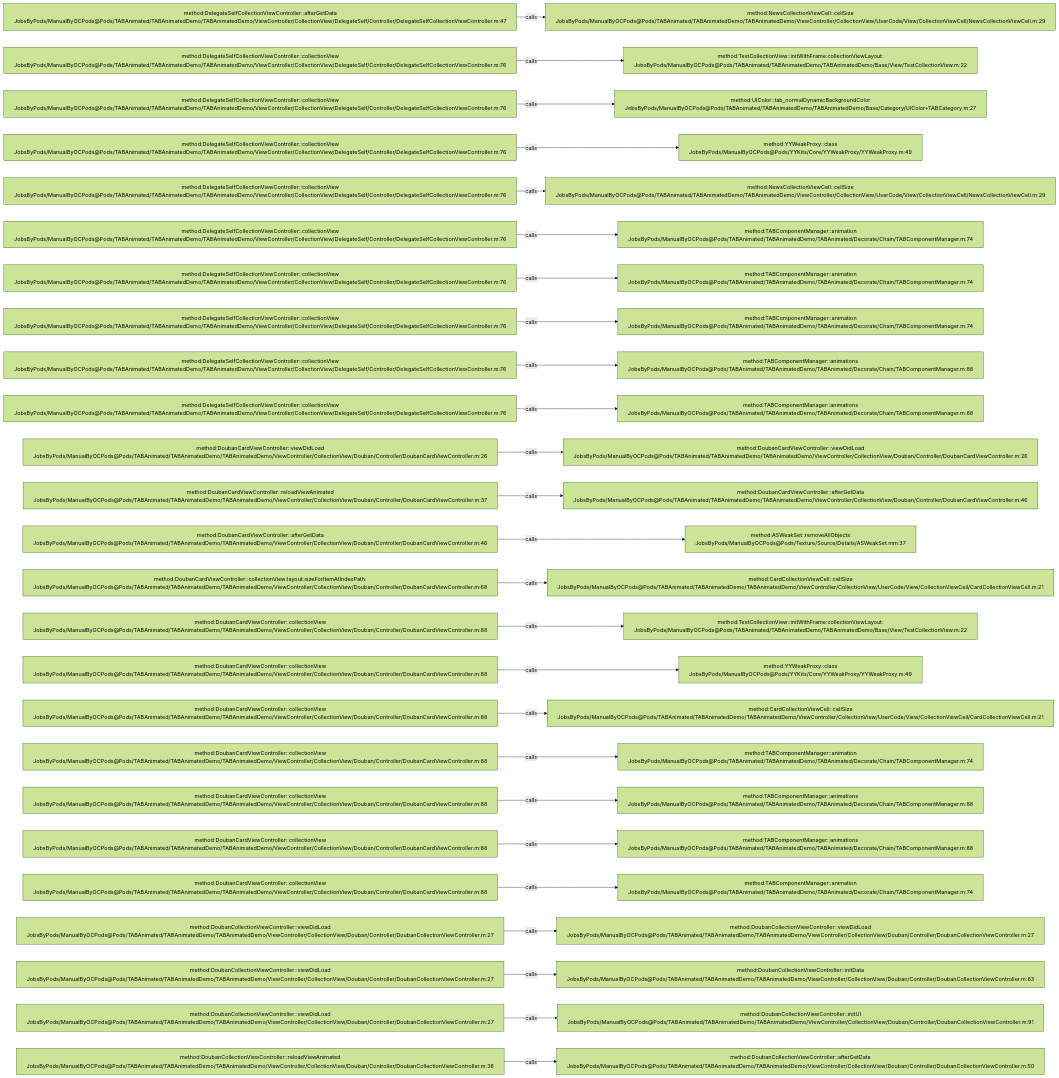
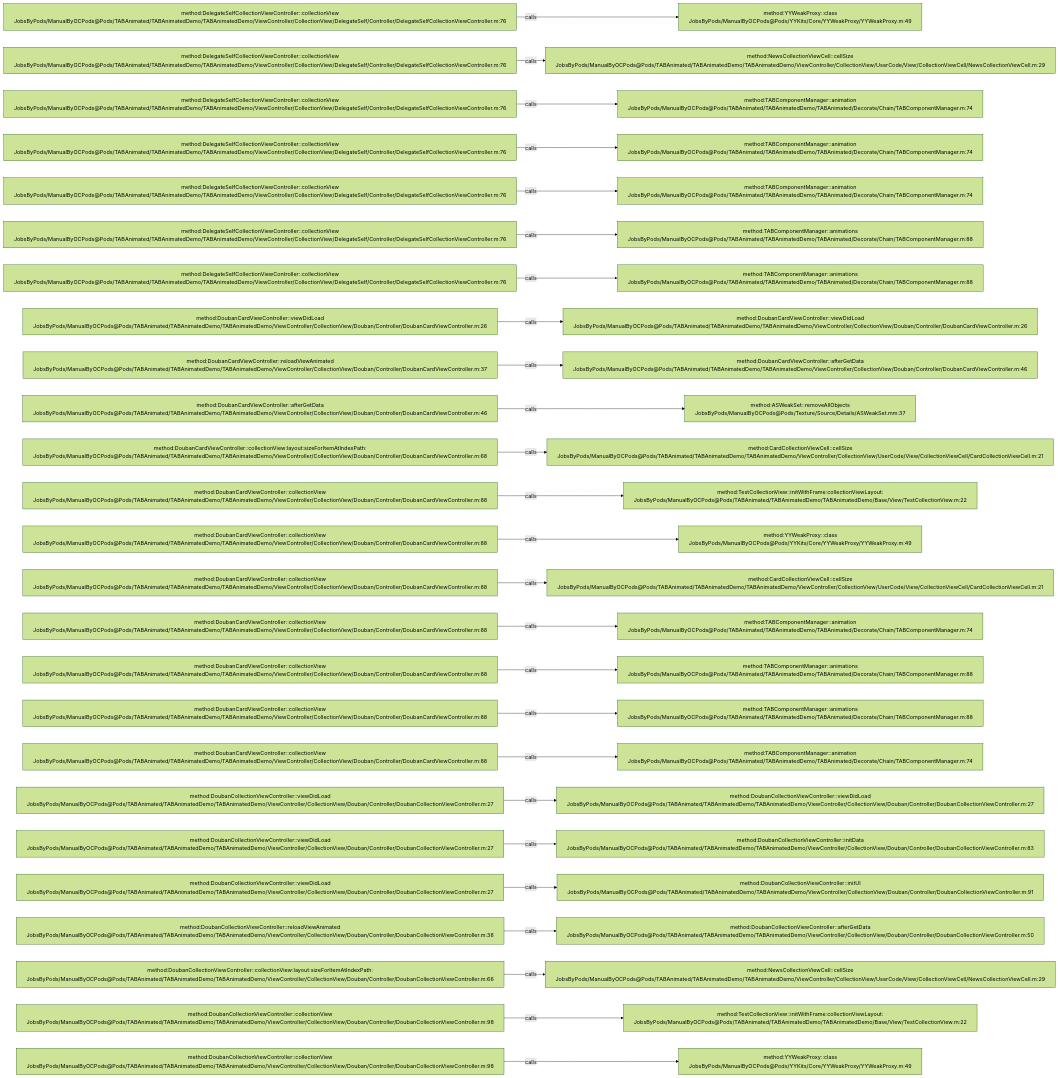
The diagram in .codegraph/codegraph.md/graphs/calls-050.md (JobsKits/JobsOCBaseConfigDemo), drawn with Mermaid (forest theme) before and after one commit. The commit also changed 342 other files, not shown here.

````diff
--- a/.codegraph/codegraph.md/graphs/calls-050.md
+++ b/.codegraph/codegraph.md/graphs/calls-050.md
@@ -13,78 +13,78 @@
 ```mermaid
 flowchart LR
-  S1["method:DelegateSelfCollectionViewController::afterGetData<br/>JobsByPods/ManualByOCPods@Pods/TABAnimated/TABAnimatedDemo/TABAnimatedDemo/ViewController/CollectionView/DelegateSelf/Controller/DelegateSelfCollectionViewController.m:47"]
-  T1["method:NewsCollectionViewCell::cellSize<br/>JobsByPods/ManualByOCPods@Pods/TABAnimated/TABAnimatedDemo/TABAnimatedDemo/ViewController/CollectionView/UserCode/View/CollectionViewCell/NewsCollectionViewCell.m:29"]
+  S1["method:DelegateSelfCollectionViewController::collectionView<br/>JobsByPods/ManualByOCPods@Pods/TABAnimated/TABAnimatedDemo/TABAnimatedDemo/ViewController/CollectionView/DelegateSelf/Controller/DelegateSelfCollectionViewController.m:76"]
+  T1["method:YYWeakProxy::class<br/>JobsByPods/ManualByOCPods@Pods/YYKits/Core/YYWeakProxy/YYWeakProxy.m:49"]
   S1 -->|calls| T1
   S2["method:DelegateSelfCollectionViewController::collectionView<br/>JobsByPods/ManualByOCPods@Pods/TABAnimated/TABAnimatedDemo/TABAnimatedDemo/ViewController/CollectionView/DelegateSelf/Controller/DelegateSelfCollectionViewController.m:76"]
-  T2["method:TestCollectionView::initWithFrame:collectionViewLayout:<br/>JobsByPods/ManualByOCPods@Pods/TABAnimated/TABAnimatedDemo/TABAnimatedDemo/Base/View/TestCollectionView.m:22"]
+  T2["method:NewsCollectionViewCell::cellSize<br/>JobsByPods/ManualByOCPods@Pods/TABAnimated/TABAnimatedDemo/TABAnimatedDemo/ViewController/CollectionView/UserCode/View/CollectionViewCell/NewsCollectionViewCell.m:29"]
   S2 -->|calls| T2
   S3["method:DelegateSelfCollectionViewController::collectionView<br/>JobsByPods/ManualByOCPods@Pods/TABAnimated/TABAnimatedDemo/TABAnimatedDemo/ViewController/CollectionView/DelegateSelf/Controller/DelegateSelfCollectionViewController.m:76"]
-  T3["method:UIColor::tab_normalDynamicBackgroundColor<br/>JobsByPods/ManualByOCPods@Pods/TABAnimated/TABAnimatedDemo/TABAnimatedDemo/Base/Category/UIColor+TABCategory.m:27"]
+  T3["method:TABComponentManager::animation<br/>JobsByPods/ManualByOCPods@Pods/TABAnimated/TABAnimatedDemo/TABAnimated/Decorate/Chain/TABComponentManager.m:74"]
   S3 -->|calls| T3
   S4["method:DelegateSelfCollectionViewController::collectionView<br/>JobsByPods/ManualByOCPods@Pods/TABAnimated/TABAnimatedDemo/TABAnimatedDemo/ViewController/CollectionView/DelegateSelf/Controller/DelegateSelfCollectionViewController.m:76"]
-  T4["method:YYWeakProxy::class<br/>JobsByPods/ManualByOCPods@Pods/YYKits/Core/YYWeakProxy/YYWeakProxy.m:49"]
+  T4["method:TABComponentManager::animation<br/>JobsByPods/ManualByOCPods@Pods/TABAnimated/TABAnimatedDemo/TABAnimated/Decorate/Chain/TABComponentManager.m:74"]
   S4 -->|calls| T4
   S5["method:DelegateSelfCollectionViewController::collectionView<br/>JobsByPods/ManualByOCPods@Pods/TABAnimated/TABAnimatedDemo/TABAnimatedDemo/ViewController/CollectionView/DelegateSelf/Controller/DelegateSelfCollectionViewController.m:76"]
-  T5["method:NewsCollectionViewCell::cellSize<br/>JobsByPods/ManualByOCPods@Pods/TABAnimated/TABAnimatedDemo/TABAnimatedDemo/ViewController/CollectionView/UserCode/View/CollectionViewCell/NewsCollectionViewCell.m:29"]
+  T5["method:TABComponentManager::animation<br/>JobsByPods/ManualByOCPods@Pods/TABAnimated/TABAnimatedDemo/TABAnimated/Decorate/Chain/TABComponentManager.m:74"]
   S5 -->|calls| T5
   S6["method:DelegateSelfCollectionViewController::collectionView<br/>JobsByPods/ManualByOCPods@Pods/TABAnimated/TABAnimatedDemo/TABAnimatedDemo/ViewController/CollectionView/DelegateSelf/Controller/DelegateSelfCollectionViewController.m:76"]
-  T6["method:TABComponentManager::animation<br/>JobsByPods/ManualByOCPods@Pods/TABAnimated/TABAnimatedDemo/TABAnimated/Decorate/Chain/TABComponentManager.m:74"]
+  T6["method:TABComponentManager::animations<br/>JobsByPods/ManualByOCPods@Pods/TABAnimated/TABAnimatedDemo/TABAnimated/Decorate/Chain/TABComponentManager.m:88"]
   S6 -->|calls| T6
   S7["method:DelegateSelfCollectionViewController::collectionView<br/>JobsByPods/ManualByOCPods@Pods/TABAnimated/TABAnimatedDemo/TABAnimatedDemo/ViewController/CollectionView/DelegateSelf/Controller/DelegateSelfCollectionViewController.m:76"]
-  T7["method:TABComponentManager::animation<br/>JobsByPods/ManualByOCPods@Pods/TABAnimated/TABAnimatedDemo/TABAnimated/Decorate/Chain/TABComponentManager.m:74"]
+  T7["method:TABComponentManager::animations<br/>JobsByPods/ManualByOCPods@Pods/TABAnimated/TABAnimatedDemo/TABAnimated/Decorate/Chain/TABComponentManager.m:88"]
   S7 -->|calls| T7
-  S8["method:DelegateSelfCollectionViewController::collectionView<br/>JobsByPods/ManualByOCPods@Pods/TABAnimated/TABAnimatedDemo/TABAnimatedDemo/ViewController/CollectionView/DelegateSelf/Controller/DelegateSelfCollectionViewController.m:76"]
-  T8["method:TABComponentManager::animation<br/>JobsByPods/ManualByOCPods@Pods/TABAnimated/TABAnimatedDemo/TABAnimated/Decorate/Chain/TABComponentManager.m:74"]
+  S8["method:DoubanCardViewController::viewDidLoad<br/>JobsByPods/ManualByOCPods@Pods/TABAnimated/TABAnimatedDemo/TABAnimatedDemo/ViewController/CollectionView/Douban/Controller/DoubanCardViewController.m:26"]
+  T8["method:DoubanCardViewController::viewDidLoad<br/>JobsByPods/ManualByOCPods@Pods/TABAnimated/TABAnimatedDemo/TABAnimatedDemo/ViewController/CollectionView/Douban/Controller/DoubanCardViewController.m:26"]
   S8 -->|calls| T8
-  S9["method:DelegateSelfCollectionViewController::collectionView<br/>JobsByPods/ManualByOCPods@Pods/TABAnimated/TABAnimatedDemo/TABAnimatedDemo/ViewController/CollectionView/DelegateSelf/Controller/DelegateSelfCollectionViewController.m:76"]
-  T9["method:TABComponentManager::animations<br/>JobsByPods/ManualByOCPods@Pods/TABAnimated/TABAnimatedDemo/TABAnimated/Decorate/Chain/TABComponentManager.m:88"]
+  S9["method:DoubanCardViewController::reloadViewAnimated<br/>JobsByPods/ManualByOCPods@Pods/TABAnimated/TABAnimatedDemo/TABAnimatedDemo/ViewController/CollectionView/Douban/Controller/DoubanCardViewController.m:37"]
+  T9["method:DoubanCardViewController::afterGetData<br/>JobsByPods/ManualByOCPods@Pods/TABAnimated/TABAnimatedDemo/TABAnimatedDemo/ViewController/CollectionView/Douban/Controller/DoubanCardViewController.m:46"]
   S9 -->|calls| T9
-  S10["method:DelegateSelfCollectionViewController::collectionView<br/>JobsByPods/ManualByOCPods@Pods/TABAnimated/TABAnimatedDemo/TABAnimatedDemo/ViewController/CollectionView/DelegateSelf/Controller/DelegateSelfCollectionViewController.m:76"]
-  T10["method:TABComponentManager::animations<br/>JobsByPods/ManualByOCPods@Pods/TABAnimated/TABAnimatedDemo/TABAnimated/Decorate/Chain/TABComponentManager.m:88"]
+  S10["method:DoubanCardViewController::afterGetData<br/>JobsByPods/ManualByOCPods@Pods/TABAnimated/TABAnimatedDemo/TABAnimatedDemo/ViewController/CollectionView/Douban/Controller/DoubanCardViewController.m:46"]
+  T10["method:ASWeakSet::removeAllObjects<br/>JobsByPods/ManualByOCPods@Pods/Texture/Source/Details/ASWeakSet.mm:37"]
   S10 -->|calls| T10
-  S11["method:DoubanCardViewController::viewDidLoad<br/>JobsByPods/ManualByOCPods@Pods/TABAnimated/TABAnimatedDemo/TABAnimatedDemo/ViewController/CollectionView/Douban/Controller/DoubanCardViewController.m:26"]
-  T11["method:DoubanCardViewController::viewDidLoad<br/>JobsByPods/ManualByOCPods@Pods/TABAnimated/TABAnimatedDemo/TABAnimatedDemo/ViewController/CollectionView/Douban/Controller/DoubanCardViewController.m:26"]
+  S11["method:DoubanCardViewController::collectionView:layout:sizeForItemAtIndexPath:<br/>JobsByPods/ManualByOCPods@Pods/TABAnimated/TABAnimatedDemo/TABAnimatedDemo/ViewController/CollectionView/Douban/Controller/DoubanCardViewController.m:68"]
+  T11["method:CardCollectionViewCell::cellSize<br/>JobsByPods/ManualByOCPods@Pods/TABAnimated/TABAnimatedDemo/TABAnimatedDemo/ViewController/CollectionView/UserCode/View/CollectionViewCell/CardCollectionViewCell.m:21"]
   S11 -->|calls| T11
-  S12["method:DoubanCardViewController::reloadViewAnimated<br/>JobsByPods/ManualByOCPods@Pods/TABAnimated/TABAnimatedDemo/TABAnimatedDemo/ViewController/CollectionView/Douban/Controller/DoubanCardViewController.m:37"]
-  T12["method:DoubanCardViewController::afterGetData<br/>JobsByPods/ManualByOCPods@Pods/TABAnimated/TABAnimatedDemo/TABAnimatedDemo/ViewController/CollectionView/Douban/Controller/DoubanCardViewController.m:46"]
+  S12["method:DoubanCardViewController::collectionView<br/>JobsByPods/ManualByOCPods@Pods/TABAnimated/TABAnimatedDemo/TABAnimatedDemo/ViewController/CollectionView/Douban/Controller/DoubanCardViewController.m:88"]
+  T12["method:TestCollectionView::initWithFrame:collectionViewLayout:<br/>JobsByPods/ManualByOCPods@Pods/TABAnimated/TABAnimatedDemo/TABAnimatedDemo/Base/View/TestCollectionView.m:22"]
   S12 -->|calls| T12
-  S13["method:DoubanCardViewController::afterGetData<br/>JobsByPods/ManualByOCPods@Pods/TABAnimated/TABAnimatedDemo/TABAnimatedDemo/ViewController/CollectionView/Douban/Controller/DoubanCardViewController.m:46"]
-  T13["method:ASWeakSet::removeAllObjects<br/>JobsByPods/ManualByOCPods@Pods/Texture/Source/Details/ASWeakSet.mm:37"]
+  S13["method:DoubanCardViewController::collectionView<br/>JobsByPods/ManualByOCPods@Pods/TABAnimated/TABAnimatedDemo/TABAnimatedDemo/ViewController/CollectionView/Douban/Controller/DoubanCardViewController.m:88"]
+  T13["method:YYWeakProxy::class<br/>JobsByPods/ManualByOCPods@Pods/YYKits/Core/YYWeakProxy/YYWeakProxy.m:49"]
   S13 -->|calls| T13
-  S14["method:DoubanCardViewController::collectionView:layout:sizeForItemAtIndexPath:<br/>JobsByPods/ManualByOCPods@Pods/TABAnimated/TABAnimatedDemo/TABAnimatedDemo/ViewController/CollectionView/Douban/Controller/DoubanCardViewController.m:68"]
+  S14["method:DoubanCardViewController::collectionView<br/>JobsByPods/ManualByOCPods@Pods/TABAnimated/TABAnimatedDemo/TABAnimatedDemo/ViewController/CollectionView/Douban/Controller/DoubanCardViewController.m:88"]
   T14["method:CardCollectionViewCell::cellSize<br/>JobsByPods/ManualByOCPods@Pods/TABAnimated/TABAnimatedDemo/TABAnimatedDemo/ViewController/CollectionView/UserCode/View/CollectionViewCell/CardCollectionViewCell.m:21"]
   S14 -->|calls| T14
   S15["method:DoubanCardViewController::collectionView<br/>JobsByPods/ManualByOCPods@Pods/TABAnimated/TABAnimatedDemo/TABAnimatedDemo/ViewController/CollectionView/Douban/Controller/DoubanCardViewController.m:88"]
-  T15["method:TestCollectionView::initWithFrame:collectionViewLayout:<br/>JobsByPods/ManualByOCPods@Pods/TABAnimated/TABAnimatedDemo/TABAnimatedDemo/Base/View/TestCollectionView.m:22"]
+  T15["method:TABComponentManager::animation<br/>JobsByPods/ManualByOCPods@Pods/TABAnimated/TABAnimatedDemo/TABAnimated/Decorate/Chain/TABComponentManager.m:74"]
   S15 -->|calls| T15
   S16["method:DoubanCardViewController::collectionView<br/>JobsByPods/ManualByOCPods@Pods/TABAnimated/TABAnimatedDemo/TABAnimatedDemo/ViewController/CollectionView/Douban/Controller/DoubanCardViewController.m:88"]
-  T16["method:YYWeakProxy::class<br/>JobsByPods/ManualByOCPods@Pods/YYKits/Core/YYWeakProxy/YYWeakProxy.m:49"]
+  T16["method:TABComponentManager::animations<br/>JobsByPods/ManualByOCPods@Pods/TABAnimated/TABAnimatedDemo/TABAnimated/Decorate/Chain/TABComponentManager.m:88"]
   S16 -->|calls| T16
   S17["method:DoubanCardViewController::collectionView<br/>JobsByPods/ManualByOCPods@Pods/TABAnimated/TABAnimatedDemo/TABAnimatedDemo/ViewController/CollectionView/Douban/Controller/DoubanCardViewController.m:88"]
-  T17["method:CardCollectionViewCell::cellSize<br/>JobsByPods/ManualByOCPods@Pods/TABAnimated/TABAnimatedDemo/TABAnimatedDemo/ViewController/CollectionView/UserCode/View/CollectionViewCell/CardCollectionViewCell.m:21"]
+  T17["method:TABComponentManager::animations<br/>JobsByPods/ManualByOCPods@Pods/TABAnimated/TABAnimatedDemo/TABAnimated/Decorate/Chain/TABComponentManager.m:88"]
   S17 -->|calls| T17
   S18["method:DoubanCardViewController::collectionView<br/>JobsByPods/ManualByOCPods@Pods/TABAnimated/TABAnimatedDemo/TABAnimatedDemo/ViewController/CollectionView/Douban/Controller/DoubanCardViewController.m:88"]
   T18["method:TABComponentManager::animation<br/>JobsByPods/ManualByOCPods@Pods/TABAnimated/TABAnimatedDemo/TABAnimated/Decorate/Chain/TABComponentManager.m:74"]
   S18 -->|calls| T18
-  S19["method:DoubanCardViewController::collectionView<br/>JobsByPods/ManualByOCPods@Pods/TABAnimated/TABAnimatedDemo/TABAnimatedDemo/ViewController/CollectionView/Douban/Controller/DoubanCardViewController.m:88"]
-  T19["method:TABComponentManager::animations<br/>JobsByPods/ManualByOCPods@Pods/TABAnimated/TABAnimatedDemo/TABAnimated/Decorate/Chain/TABComponentManager.m:88"]
+  S19["method:DoubanCollectionViewController::viewDidLoad<br/>JobsByPods/ManualByOCPods@Pods/TABAnimated/TABAnimatedDemo/TABAnimatedDemo/ViewController/CollectionView/Douban/Controller/DoubanCollectionViewController.m:27"]
+  T19["method:DoubanCollectionViewController::viewDidLoad<br/>JobsByPods/ManualByOCPods@Pods/TABAnimated/TABAnimatedDemo/TABAnimatedDemo/ViewController/CollectionView/Douban/Controller/DoubanCollectionViewController.m:27"]
   S19 -->|calls| T19
-  S20["method:DoubanCardViewController::collectionView<br/>JobsByPods/ManualByOCPods@Pods/TABAnimated/TABAnimatedDemo/TABAnimatedDemo/ViewController/CollectionView/Douban/Controller/DoubanCardViewController.m:88"]
-  T20["method:TABComponentManager::animations<br/>JobsByPods/ManualByOCPods@Pods/TABAnimated/TABAnimatedDemo/TABAnimated/Decorate/Chain/TABComponentManager.m:88"]
+  S20["method:DoubanCollectionViewController::viewDidLoad<br/>JobsByPods/ManualByOCPods@Pods/TABAnimated/TABAnimatedDemo/TABAnimatedDemo/ViewController/CollectionView/Douban/Controller/DoubanCollectionViewController.m:27"]
+  T20["method:DoubanCollectionViewController::initData<br/>JobsByPods/ManualByOCPods@Pods/TABAnimated/TABAnimatedDemo/TABAnimatedDemo/ViewController/CollectionView/Douban/Controller/DoubanCollectionViewController.m:83"]
   S20 -->|calls| T20
-  S21["method:DoubanCardViewController::collectionView<br/>JobsByPods/ManualByOCPods@Pods/TABAnimated/TABAnimatedDemo/TABAnimatedDemo/ViewController/CollectionView/Douban/Controller/DoubanCardViewController.m:88"]
-  T21["method:TABComponentManager::animation<br/>JobsByPods/ManualByOCPods@Pods/TABAnimated/TABAnimatedDemo/TABAnimated/Decorate/Chain/TABComponentManager.m:74"]
+  S21["method:DoubanCollectionViewController::viewDidLoad<br/>JobsByPods/ManualByOCPods@Pods/TABAnimated/TABAnimatedDemo/TABAnimatedDemo/ViewController/CollectionView/Douban/Controller/DoubanCollectionViewController.m:27"]
+  T21["method:DoubanCollectionViewController::initUI<br/>JobsByPods/ManualByOCPods@Pods/TABAnimated/TABAnimatedDemo/TABAnimatedDemo/ViewController/CollectionView/Douban/Controller/DoubanCollectionViewController.m:91"]
   S21 -->|calls| T21
-  S22["method:DoubanCollectionViewController::viewDidLoad<br/>JobsByPods/ManualByOCPods@Pods/TABAnimated/TABAnimatedDemo/TABAnimatedDemo/ViewController/CollectionView/Douban/Controller/DoubanCollectionViewController.m:27"]
-  T22["method:DoubanCollectionViewController::viewDidLoad<br/>JobsByPods/ManualByOCPods@Pods/TABAnimated/TABAnimatedDemo/TABAnimatedDemo/ViewController/CollectionView/Douban/Controller/DoubanCollectionViewController.m:27"]
+  S22["method:DoubanCollectionViewController::reloadViewAnimated<br/>JobsByPods/ManualByOCPods@Pods/TABAnimated/TABAnimatedDemo/TABAnimatedDemo/ViewController/CollectionView/Douban/Controller/DoubanCollectionViewController.m:38"]
+  T22["method:DoubanCollectionViewController::afterGetData<br/>JobsByPods/ManualByOCPods@Pods/TABAnimated/TABAnimatedDemo/TABAnimatedDemo/ViewController/CollectionView/Douban/Controller/DoubanCollectionViewController.m:50"]
   S22 -->|calls| T22
-  S23["method:DoubanCollectionViewController::viewDidLoad<br/>JobsByPods/ManualByOCPods@Pods/TABAnimated/TABAnimatedDemo/TABAnimatedDemo/ViewController/CollectionView/Douban/Controller/DoubanCollectionViewController.m:27"]
-  T23["method:DoubanCollectionViewController::initData<br/>JobsByPods/ManualByOCPods@Pods/TABAnimated/TABAnimatedDemo/TABAnimatedDemo/ViewController/CollectionView/Douban/Controller/DoubanCollectionViewController.m:83"]
+  S23["method:DoubanCollectionViewController::collectionView:layout:sizeForItemAtIndexPath:<br/>JobsByPods/ManualByOCPods@Pods/TABAnimated/TABAnimatedDemo/TABAnimatedDemo/ViewController/CollectionView/Douban/Controller/DoubanCollectionViewController.m:66"]
+  T23["method:NewsCollectionViewCell::cellSize<br/>JobsByPods/ManualByOCPods@Pods/TABAnimated/TABAnimatedDemo/TABAnimatedDemo/ViewController/CollectionView/UserCode/View/CollectionViewCell/NewsCollectionViewCell.m:29"]
   S23 -->|calls| T23
-  S24["method:DoubanCollectionViewController::viewDidLoad<br/>JobsByPods/ManualByOCPods@Pods/TABAnimated/TABAnimatedDemo/TABAnimatedDemo/ViewController/CollectionView/Douban/Controller/DoubanCollectionViewController.m:27"]
-  T24["method:DoubanCollectionViewController::initUI<br/>JobsByPods/ManualByOCPods@Pods/TABAnimated/TABAnimatedDemo/TABAnimatedDemo/ViewController/CollectionView/Douban/Controller/DoubanCollectionViewController.m:91"]
+  S24["method:DoubanCollectionViewController::collectionView<br/>JobsByPods/ManualByOCPods@Pods/TABAnimated/TABAnimatedDemo/TABAnimatedDemo/ViewController/CollectionView/Douban/Controller/DoubanCollectionViewController.m:98"]
+  T24["method:TestCollectionView::initWithFrame:collectionViewLayout:<br/>JobsByPods/ManualByOCPods@Pods/TABAnimated/TABAnimatedDemo/TABAnimatedDemo/Base/View/TestCollectionView.m:22"]
   S24 -->|calls| T24
-  S25["method:DoubanCollectionViewController::reloadViewAnimated<br/>JobsByPods/ManualByOCPods@Pods/TABAnimated/TABAnimatedDemo/TABAnimatedDemo/ViewController/CollectionView/Douban/Controller/DoubanCollectionViewController.m:38"]
-  T25["method:DoubanCollectionViewController::afterGetData<br/>JobsByPods/ManualByOCPods@Pods/TABAnimated/TABAnimatedDemo/TABAnimatedDemo/ViewController/CollectionView/Douban/Controller/DoubanCollectionViewController.m:50"]
+  S25["method:DoubanCollectionViewController::collectionView<br/>JobsByPods/ManualByOCPods@Pods/TABAnimated/TABAnimatedDemo/TABAnimatedDemo/ViewController/CollectionView/Douban/Controller/DoubanCollectionViewController.m:98"]
+  T25["method:YYWeakProxy::class<br/>JobsByPods/ManualByOCPods@Pods/YYKits/Core/YYWeakProxy/YYWeakProxy.m:49"]
   S25 -->|calls| T25
 ```
````
